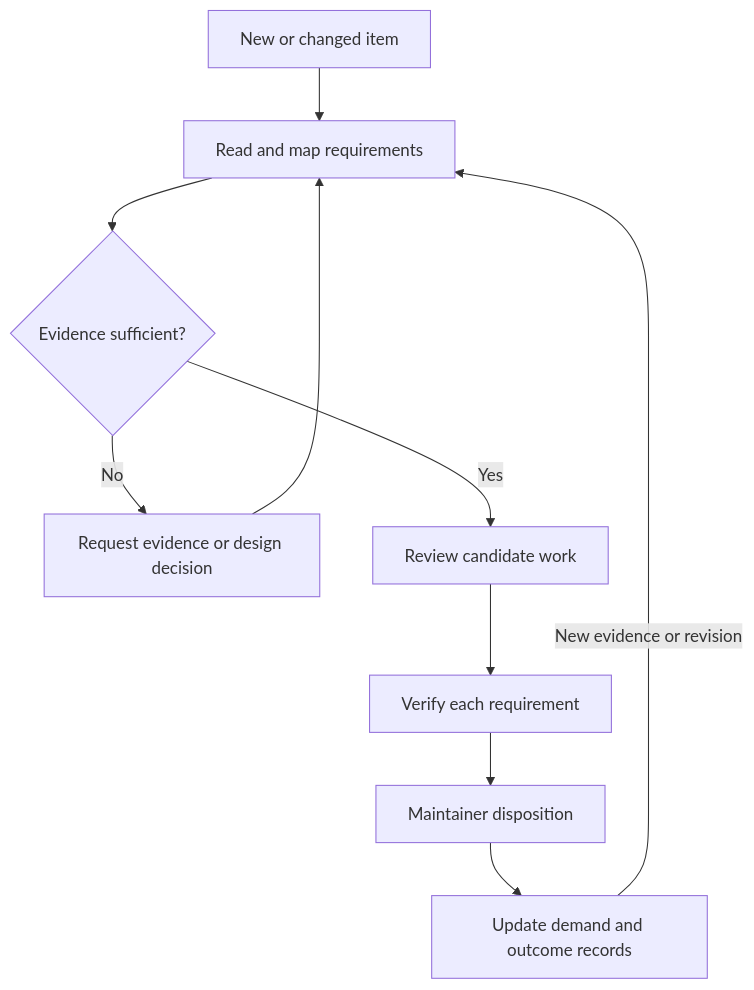
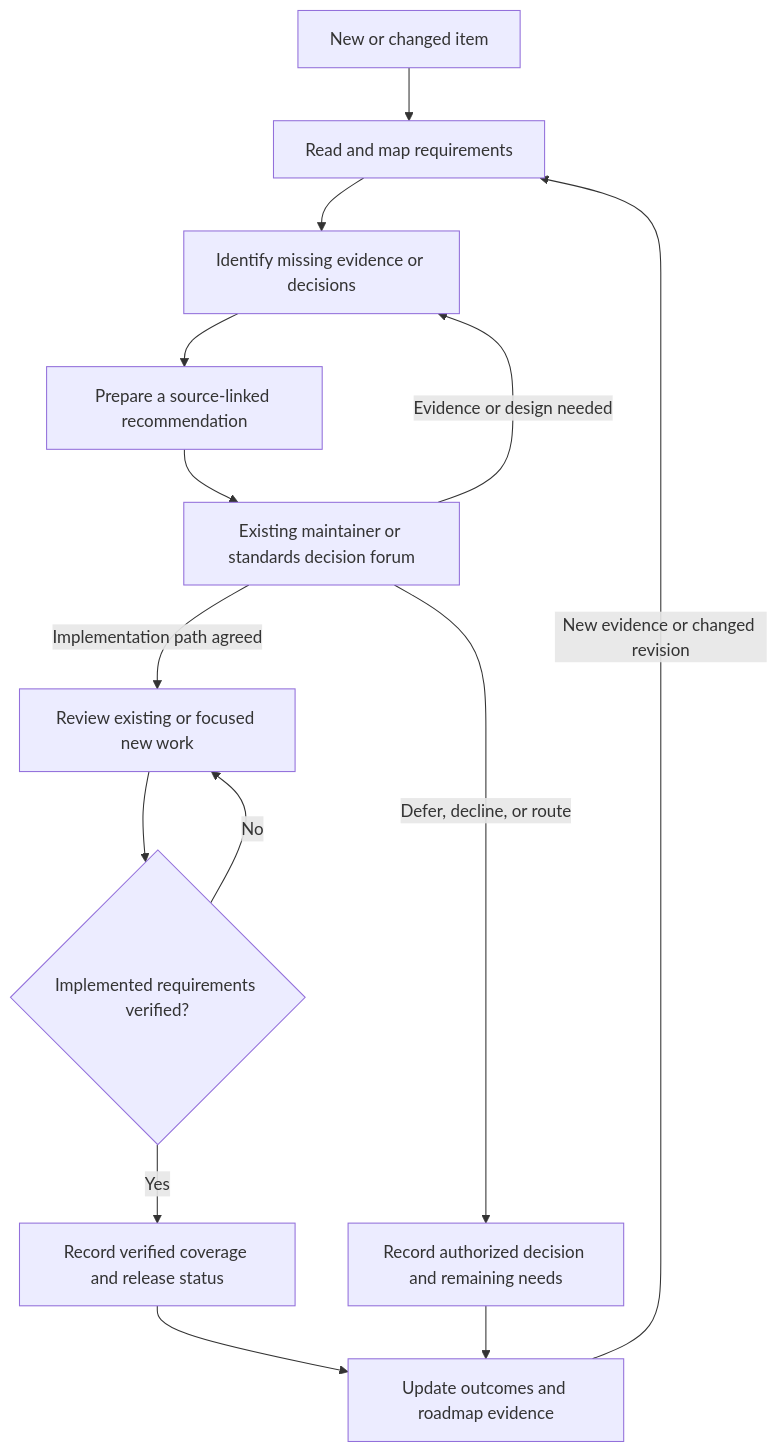
Before and after one commit to asluk/OpenUSD-proposals: the diagram in proposals/community-triage/README.md, drawn with Mermaid. The commit also changed other lines of this file and 2 other files, not shown here.

````diff
--- a/proposals/community-triage/README.md
+++ b/proposals/community-triage/README.md
@@ -72,12 +131,16 @@
 ```mermaid
 flowchart TD
-    A[New or changed item] --> B[Read and map requirements]
-    B --> C{Evidence sufficient?}
-    C -->|No| D[Request evidence or design decision]
-    D --> B
-    C -->|Yes| E[Review candidate work]
-    E --> F[Verify each requirement]
-    F --> G[Maintainer disposition]
-    G --> H[Update demand and outcome records]
-    H -->|New evidence or revision| B
+    A["New or changed item"] --> B["Read and map requirements"]
+    B --> C["Identify missing evidence or decisions"]
+    C --> D["Prepare a source-linked recommendation"]
+    D --> E["Existing maintainer or standards decision forum"]
+    E -->|Evidence or design needed| C
+    E -->|Implementation path agreed| F["Review existing or focused new work"]
+    F --> G{"Implemented requirements verified?"}
+    G -->|No| F
+    G -->|Yes| H["Record verified coverage and release status"]
+    E -->|Defer, decline, or route| I["Record authorized decision and remaining needs"]
+    H --> J["Update outcomes and roadmap evidence"]
+    I --> J
+    J -->|New evidence or changed revision| B
 ```
````
